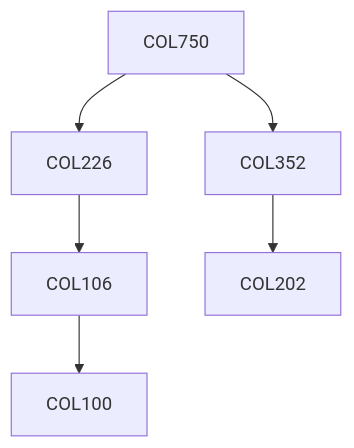
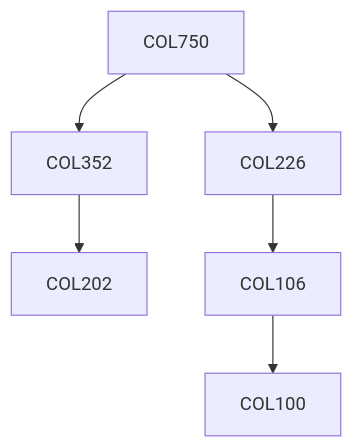
Before and after one commit to KeshavBansal0122/CoS_Website: the diagram in content/Computer Science and Engineering/COL750.md, drawn with Mermaid. The commit also changed other lines of this file and 392 other files, not shown here.

````diff
--- a/content/Computer Science and Engineering/COL750.md
+++ b/content/Computer Science and Engineering/COL750.md
@@ -15,12 +15,12 @@
 ```mermaid
 flowchart TD
 COL750-208[COL750]
-COL226-208 --> COL106-208[COL106]
-COL106-208 --> COL100-208[COL100]
 COL352-208 --> COL202-208[COL202]
 COL750-208 --> COL352-208[COL352]
 COL750-208 --> COL226-208[COL226]
+COL226-208 --> COL106-208[COL106]
+COL106-208 --> COL100-208[COL100]
 
 classDef empty height:17px, fill:transparent, stroke:transparent;
 classDef trueEmpty height:0px, width:0px;
 ```
````
